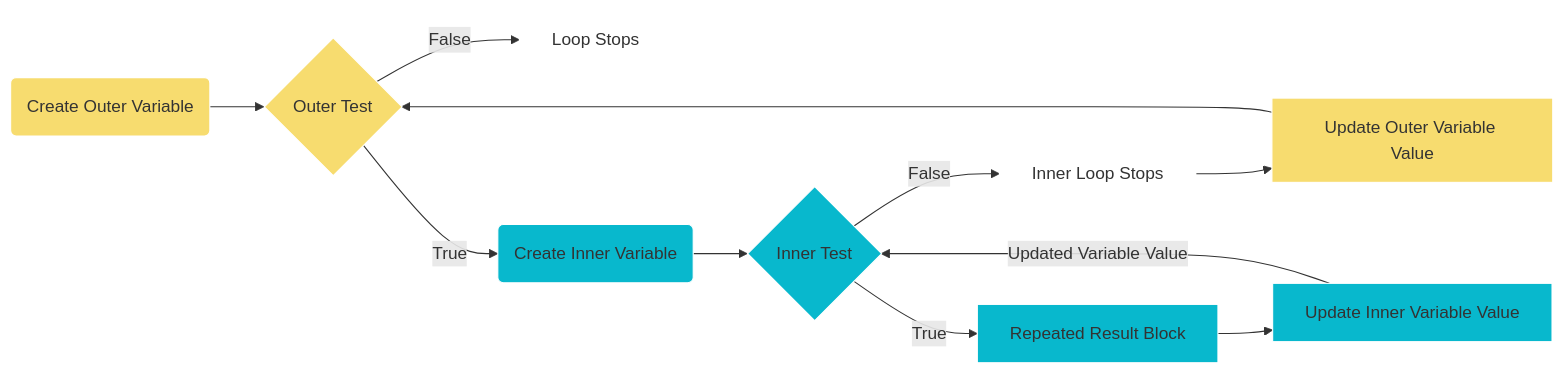
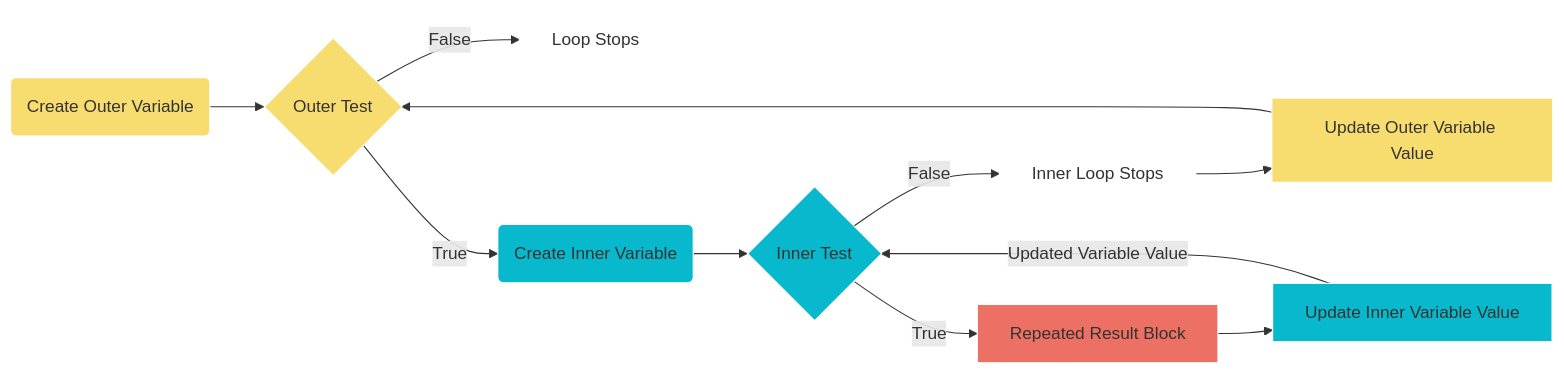
The second of 2 diagrams in content/1_IntroToCoding/2_MakingThings_Happen/3_Lesson_3/index.md (lsu-ddem/pathways-site), drawn with Mermaid before and after one commit.

Commit message:
Update Do it again “index”

```diff
--- a/content/1_IntroToCoding/2_MakingThings_Happen/3_Lesson_3/index.md
+++ b/content/1_IntroToCoding/2_MakingThings_Happen/3_Lesson_3/index.md
@@ -79,27 +79,27 @@
 {{<mermaid align="center">}}
 graph LR
 H(Create Outer Variable)-->A
 A-->|False| E[Loop Stops]
 A{Outer Test} -->|True| M(Create Inner Variable)
 
 B{Inner Test}-->|False|L[Inner Loop Stops]
 M-->B
 
 L-->K[Update Outer Variable Value]
 K-->A
 B-->|True|J[Repeated Result Block]
 
 
 J-->C[Update Inner Variable Value]
 
 C-->|Updated Variable Value|B
 style A fill: #f7dc6f , stroke:#FFFFFF;
 style B fill: #08b8cd ,stroke:#FFFFFF;
 style K fill: #f7dc6f ,stroke:#FFFFFF;
 style C fill: #08b8cd ,stroke:#FFFFFF;
 style E fill: #FFFFFF, stroke:#FFFFFF;
 style L fill: #FFFFFF, stroke:#FFFFFF;
 style H fill: #f7dc6f ,stroke:#FFFFFF;
-style J fill: #08b8cd ,stroke:#FFFFFF;
+style J fill:  #ec7063  ,stroke:#FFFFFF;
 style M fill: #08b8cd , stroke:#FFFFFF;
 {{< /mermaid >}}
```
